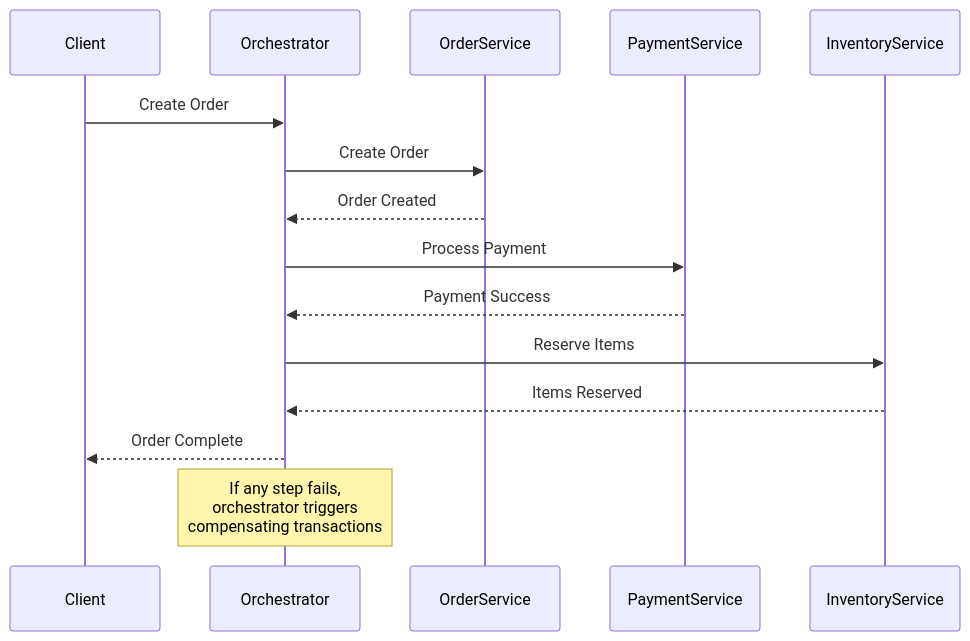
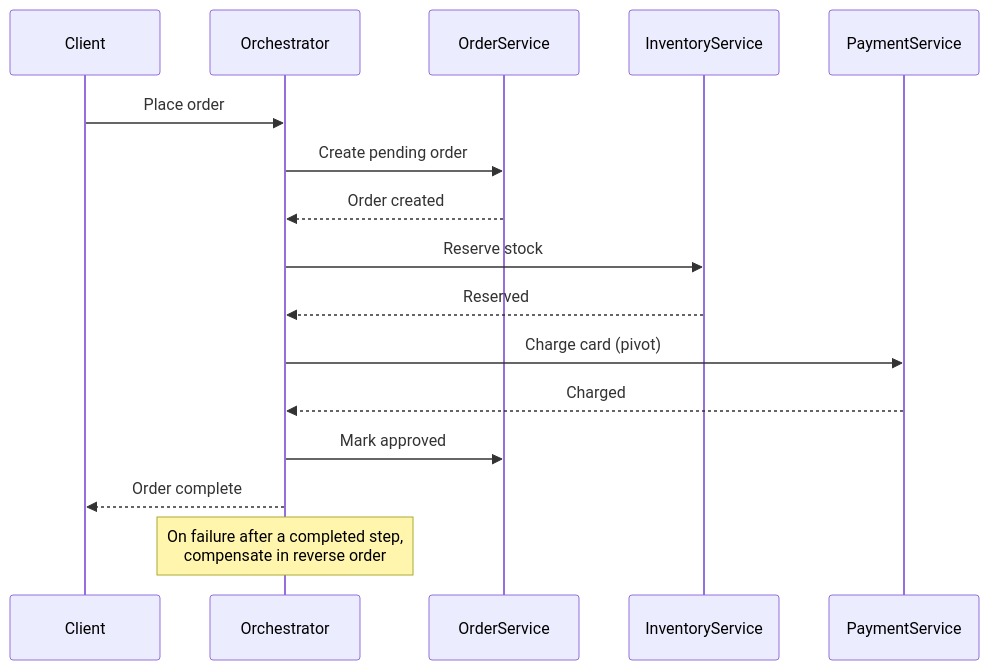
The diagram in assets/images/diagrams/saga-orchestration.mmd (vaquarkhan/microservices-recipes-a-free-gitbook), drawn with Mermaid before and after one commit. The commit also changed 151 other files, not shown here.

```diff
--- a/assets/images/diagrams/saga-orchestration.mmd
+++ b/assets/images/diagrams/saga-orchestration.mmd
@@ -1,20 +1,18 @@
 sequenceDiagram
     participant Client
     participant Orchestrator
     participant OrderService
+    participant InventoryService
     participant PaymentService
-    participant InventoryService
-    
-    Client->>Orchestrator: Create Order
-    Orchestrator->>OrderService: Create Order
-    OrderService-->>Orchestrator: Order Created
-    
-    Orchestrator->>PaymentService: Process Payment
-    PaymentService-->>Orchestrator: Payment Success
-    
-    Orchestrator->>InventoryService: Reserve Items
-    InventoryService-->>Orchestrator: Items Reserved
-    
-    Orchestrator-->>Client: Order Complete
-    
-    Note over Orchestrator: If any step fails,<br/>orchestrator triggers<br/>compensating transactions
+
+    Client->>Orchestrator: Place order
+    Orchestrator->>OrderService: Create pending order
+    OrderService-->>Orchestrator: Order created
+    Orchestrator->>InventoryService: Reserve stock
+    InventoryService-->>Orchestrator: Reserved
+    Orchestrator->>PaymentService: Charge card (pivot)
+    PaymentService-->>Orchestrator: Charged
+    Orchestrator->>OrderService: Mark approved
+    Orchestrator-->>Client: Order complete
+
+    Note over Orchestrator: On failure after a completed step,<br/>compensate in reverse order
```
